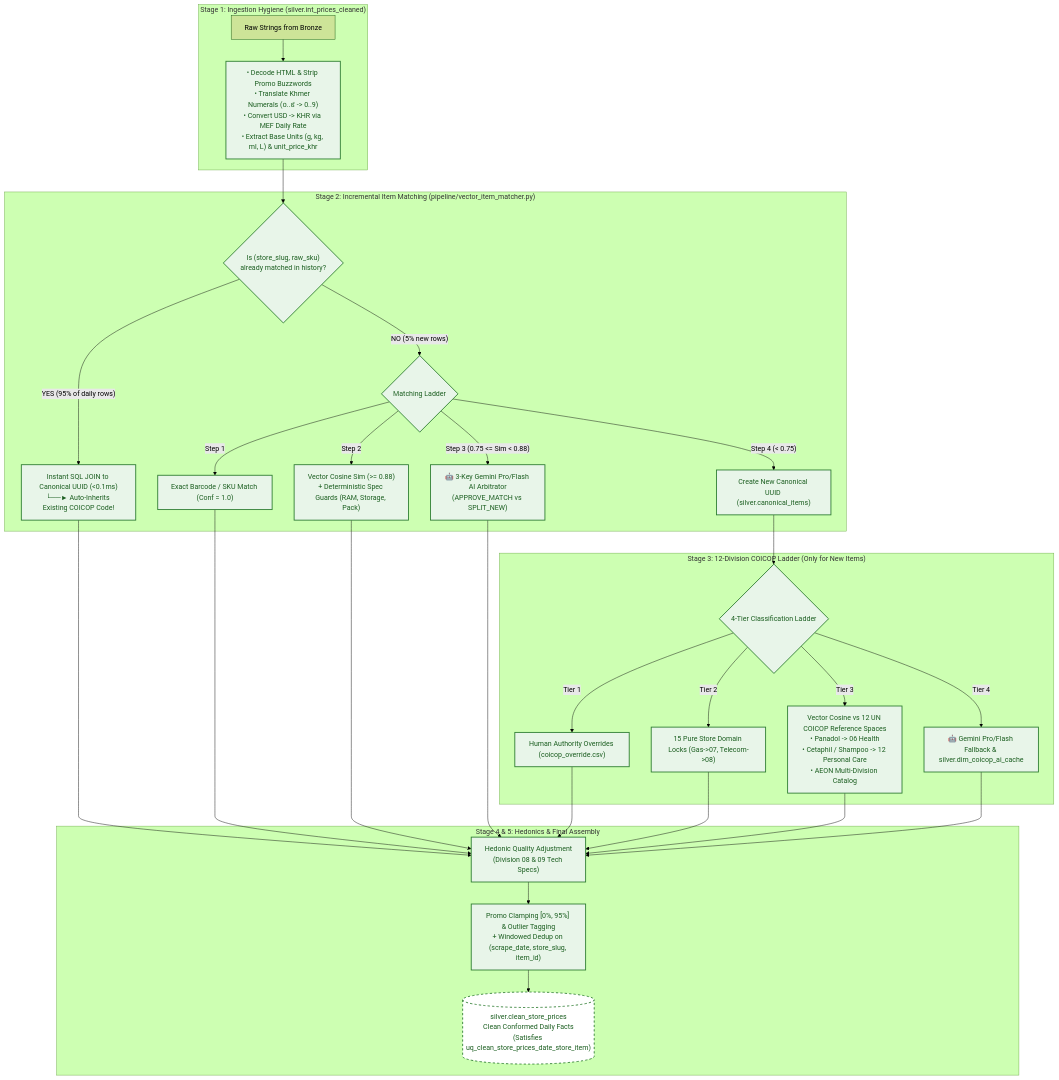
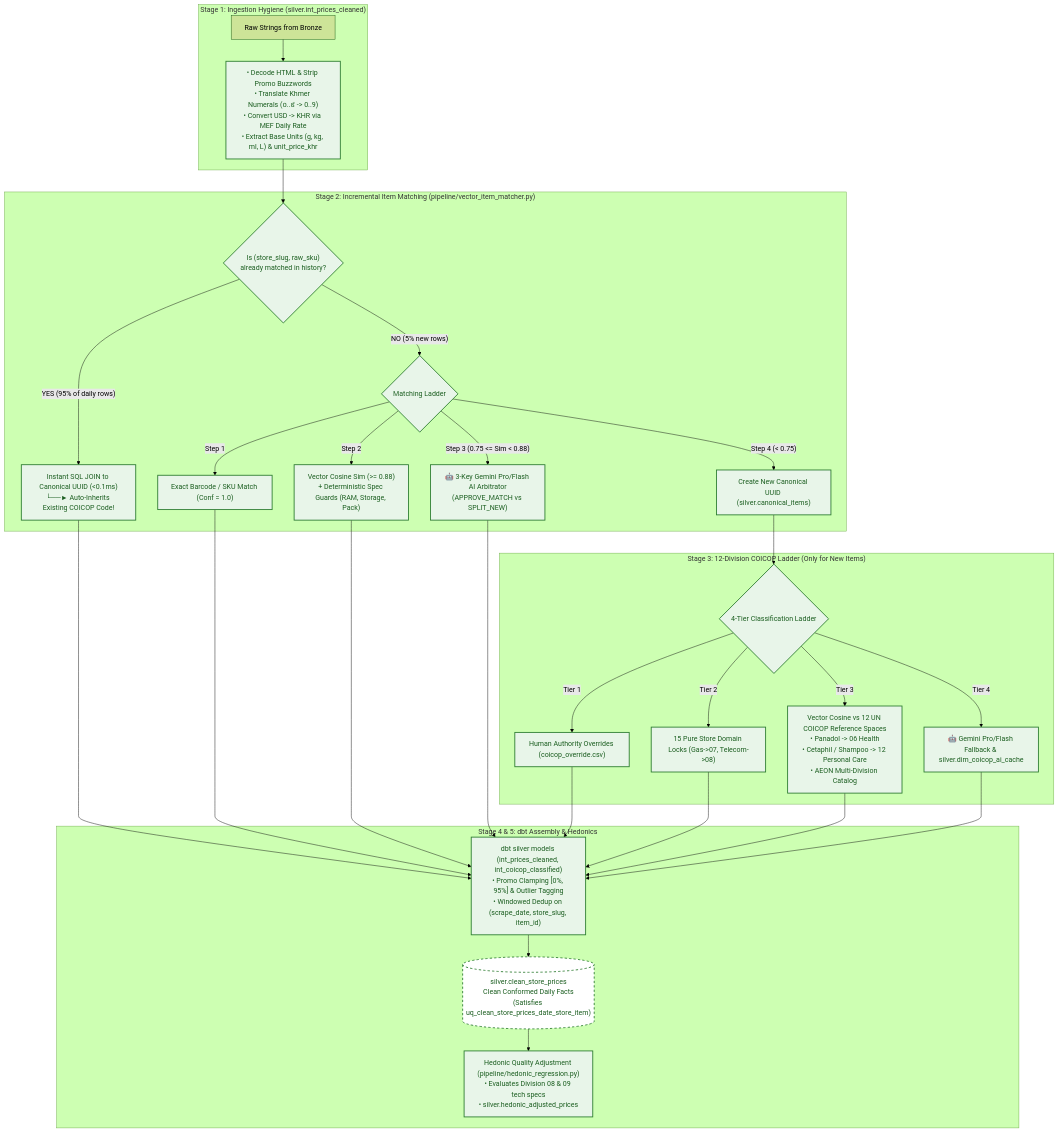
Before and after one commit to Korngmeng-Taing/Cambodia-cpi-pipeline: the third of 4 diagrams in docs/ARCHITECTURE_DIAGRAMS.md, drawn with Mermaid (forest theme). The commit also changed other lines of this file and 24 other files, not shown here.

````diff
--- a/docs/ARCHITECTURE_DIAGRAMS.md
+++ b/docs/ARCHITECTURE_DIAGRAMS.md
@@ -112,36 +112,36 @@
 ```mermaid
 flowchart TD
     subgraph Stage1["Stage 1: Ingestion Hygiene (silver.int_prices_cleaned)"]
         A1["Raw Strings from Bronze"] --> A2["• Decode HTML & Strip Promo Buzzwords\n• Translate Khmer Numerals (០..៩ -> 0..9)\n• Convert USD -> KHR via MEF Daily Rate\n• Extract Base Units (g, kg, ml, L) & unit_price_khr"]
     end
 
     subgraph Stage2["Stage 2: Incremental Item Matching (pipeline/vector_item_matcher.py)"]
         A2 --> B1{"Is (store_slug, raw_sku)\nalready matched in history?"}
         B1 -- "YES (95% of daily rows)" --> B2["Instant SQL JOIN to Canonical UUID (<0.1ms)\n└──► Auto-Inherits Existing COICOP Code!"]
         B1 -- "NO (5% new rows)" --> B3{"Matching Ladder"}
         
         B3 -- "Step 1" --> B4["Exact Barcode / SKU Match (Conf = 1.0)"]
         B3 -- "Step 2" --> B5["Vector Cosine Sim (>= 0.88)\n+ Deterministic Spec Guards (RAM, Storage, Pack)"]
         B3 -- "Step 3 (0.75 <= Sim < 0.88)" --> B6["🤖 3-Key Gemini Pro/Flash AI Arbitrator\n(APPROVE_MATCH vs SPLIT_NEW)"]
         B3 -- "Step 4 (< 0.75)" --> B7["Create New Canonical UUID (silver.canonical_items)"]
     end
 
     subgraph Stage3["Stage 3: 12-Division COICOP Ladder (Only for New Items)"]
         B7 --> C1{"4-Tier Classification Ladder"}
         C1 -- "Tier 1" --> C2["Human Authority Overrides (coicop_override.csv)"]
         C1 -- "Tier 2" --> C3["15 Pure Store Domain Locks (Gas->07, Telecom->08)"]
         C1 -- "Tier 3" --> C4["Vector Cosine vs 12 UN COICOP Reference Spaces\n• Panadol -> 06 Health\n• Cetaphil / Shampoo -> 12 Personal Care\n• AEON Multi-Division Catalog"]
         C1 -- "Tier 4" --> C5["🤖 Gemini Pro/Flash Fallback & silver.dim_coicop_ai_cache"]
     end
 
-    subgraph Stage4["Stage 4 & 5: Hedonics & Final Assembly"]
-        C2 & C3 & C4 & C5 & B2 & B4 & B5 & B6 --> D1["Hedonic Quality Adjustment\n(Division 08 & 09 Tech Specs)"]
-        D1 --> D2["Promo Clamping [0%, 95%] & Outlier Tagging\n+ Windowed Dedup on (scrape_date, store_slug, item_id)"]
-        D2 --> D3[("silver.clean_store_prices\nClean Conformed Daily Facts\n(Satisfies uq_clean_store_prices_date_store_item)")]
+    subgraph Stage4["Stage 4 & 5: dbt Assembly & Hedonics"]
+        C2 & C3 & C4 & C5 & B2 & B4 & B5 & B6 --> D1["dbt silver models (int_prices_cleaned, int_coicop_classified)\n• Promo Clamping [0%, 95%] & Outlier Tagging\n• Windowed Dedup on (scrape_date, store_slug, item_id)"]
+        D1 --> D2[("silver.clean_store_prices\nClean Conformed Daily Facts\n(Satisfies uq_clean_store_prices_date_store_item)")]
+        D2 --> D3["Hedonic Quality Adjustment (pipeline/hedonic_regression.py)\n• Evaluates Division 08 & 09 tech specs\n• silver.hedonic_adjusted_prices"]
     end
 
     classDef slvBox fill:#e8f5e9,stroke:#2e7d32,stroke-width:2px,color:#1b5e20;
     classDef slvTable fill:#ffffff,stroke:#2e7d32,stroke-width:2px,stroke-dasharray: 5 5,color:#1b5e20;
-    class A2,B1,B2,B3,B4,B5,B6,B7,C1,C2,C3,C4,C5,D1,D2 slvBox;
-    class D3 slvTable;
+    class A2,B1,B2,B3,B4,B5,B6,B7,C1,C2,C3,C4,C5,D1,D3 slvBox;
+    class D2 slvTable;
 ```
````
